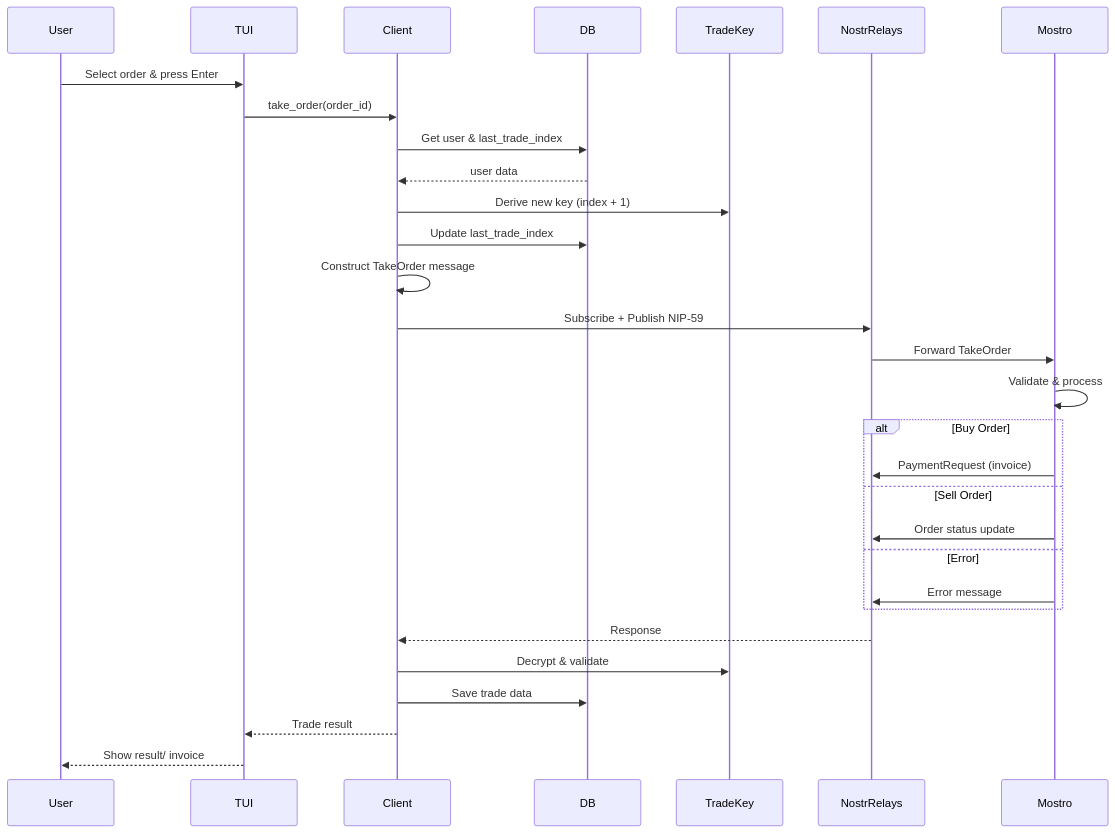
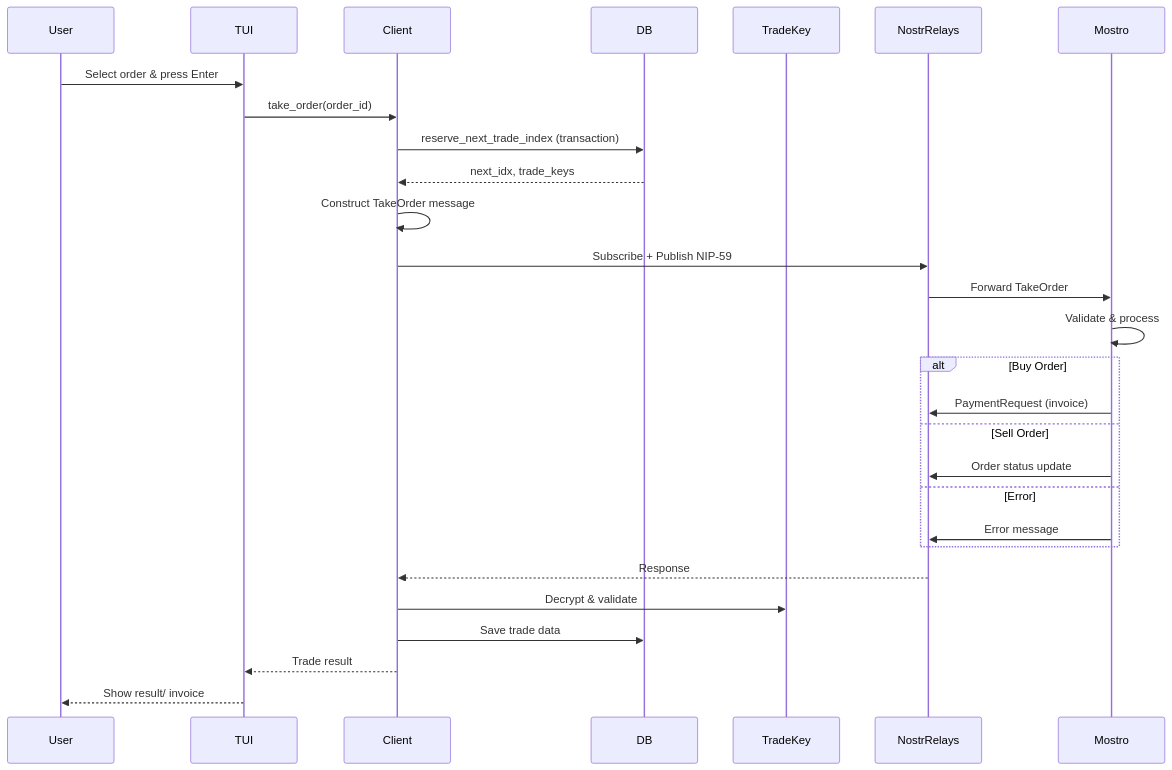
The second of 7 diagrams in docs/MESSAGE_FLOW_AND_PROTOCOL.md (MostroP2P/mostrix), drawn with Mermaid before and after one commit. The commit also changed other lines of this file and 9 other files, not shown here.

First line of the commit message:
fix(security): propagate trade-index DB errors and reserve atomically (MOSTRO-082)

````diff
--- a/docs/MESSAGE_FLOW_AND_PROTOCOL.md
+++ b/docs/MESSAGE_FLOW_AND_PROTOCOL.md
@@ -198,33 +194,31 @@
 ```mermaid
 sequenceDiagram
     participant User
     participant TUI
     participant Client
     participant DB
     participant TradeKey
     participant NostrRelays
     participant Mostro
 
     User->>TUI: Select order & press Enter
     TUI->>Client: take_order(order_id)
-    Client->>DB: Get user & last_trade_index
-    DB-->>Client: user data
-    Client->>TradeKey: Derive new key (index + 1)
-    Client->>DB: Update last_trade_index
+    Client->>DB: reserve_next_trade_index (transaction)
+    DB-->>Client: next_idx, trade_keys
     Client->>Client: Construct TakeOrder message
     Client->>NostrRelays: Subscribe + Publish NIP-59
     NostrRelays->>Mostro: Forward TakeOrder
     Mostro->>Mostro: Validate & process
     alt Buy Order
         Mostro->>NostrRelays: PaymentRequest (invoice)
     else Sell Order
         Mostro->>NostrRelays: Order status update
     else Error
         Mostro->>NostrRelays: Error message
     end
     NostrRelays-->>Client: Response
     Client->>TradeKey: Decrypt & validate
     Client->>DB: Save trade data
     Client-->>TUI: Trade result
     TUI-->>User: Show result/ invoice
 ```
````
